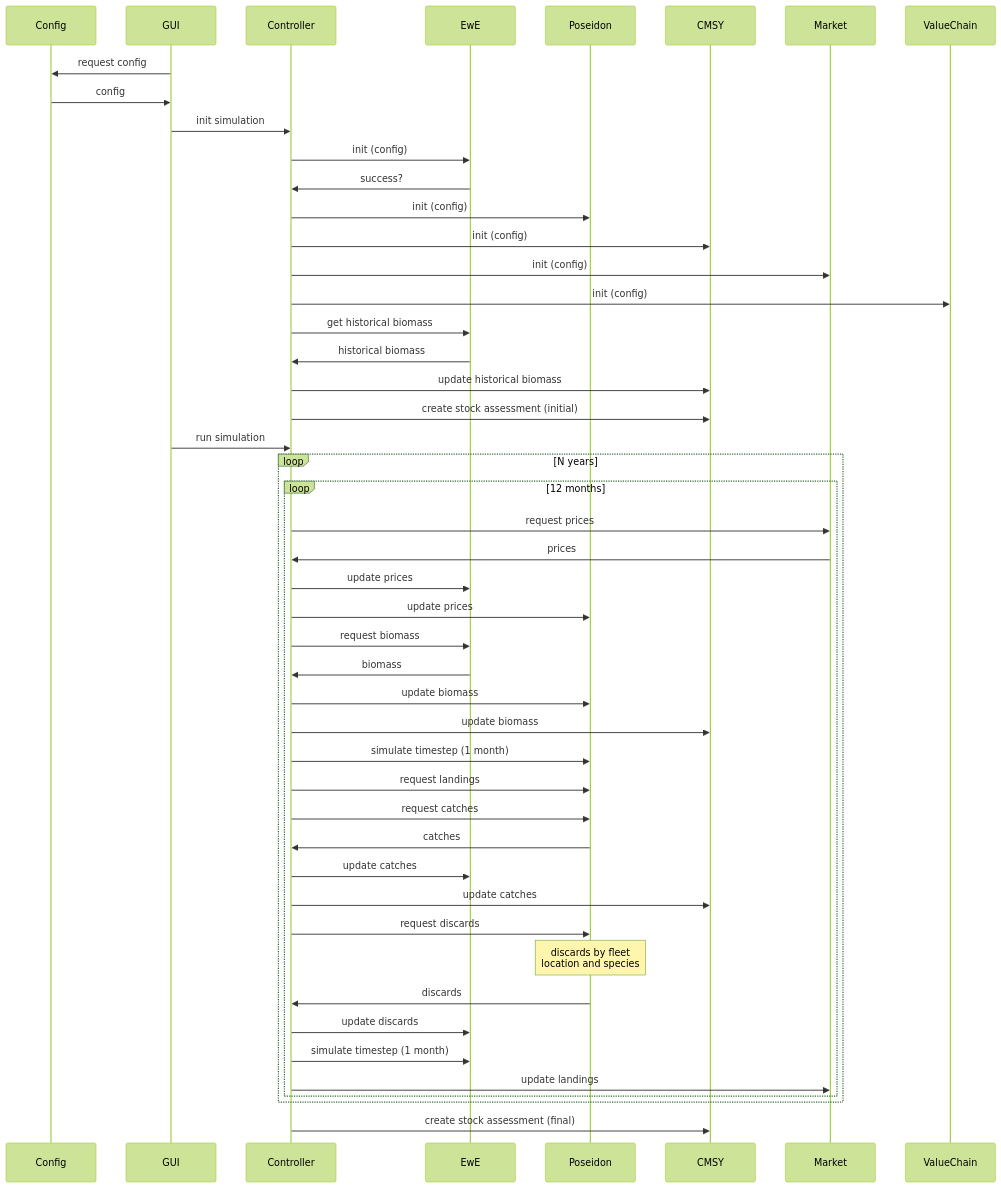
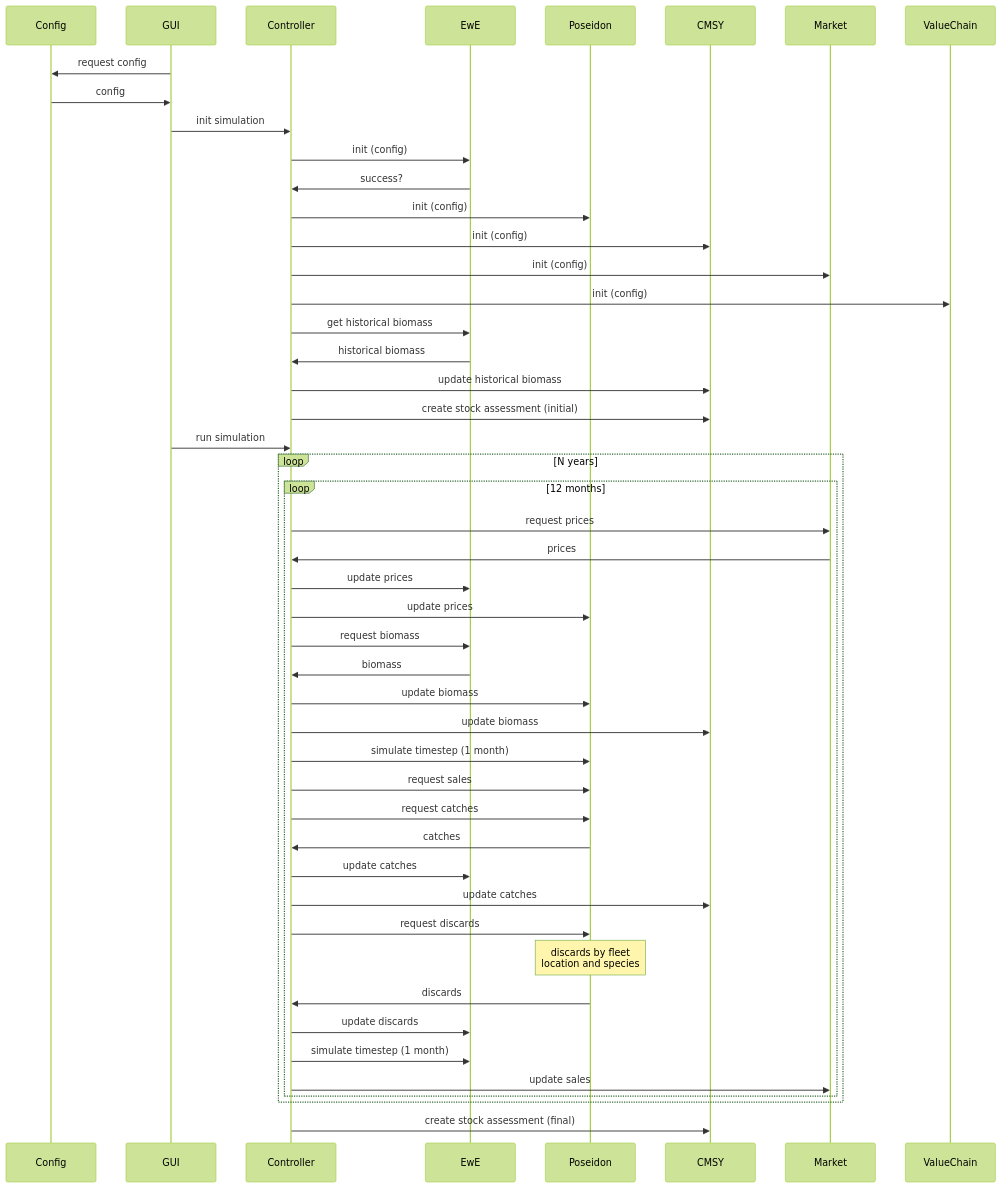
The diagram in SequenceDiagram.md (SURIMI-Project/SURIMI-project), drawn with Mermaid (forest theme) before and after one commit.

````diff
--- a/SequenceDiagram.md
+++ b/SequenceDiagram.md
@@ -3,61 +3,61 @@
 ```mermaid
 
  sequenceDiagram
 
     participant Config
     participant GUI
     participant Controller
     participant EwE
     participant Poseidon
     participant CMSY
     participant Market
     participant ValueChain
 
     %% Initialization %%
     %% this is the init %%
     GUI ->> Config: request config
     Config ->> GUI: config
     GUI ->> Controller: init simulation
 
     Controller ->> EwE: init (config)
     EwE ->> Controller: success?
     Controller ->> Poseidon: init (config)
     Controller ->> CMSY: init (config)
     Controller ->> Market: init (config)
     Controller ->> ValueChain: init (config)
 
     Controller ->> EwE: get historical biomass
     EwE ->> Controller: historical biomass
     Controller ->> CMSY: update historical biomass
     Controller ->> CMSY: create stock assessment (initial)
 
     %% Simulation %%
     %% starting the simulation %%
     GUI ->> Controller: run simulation
 
     loop N years
         loop 12 months
             Controller ->> Market: request prices
             Market ->> Controller: prices
             Controller ->> EwE: update prices
             Controller ->> Poseidon: update prices
             Controller ->> EwE: request biomass
             EwE ->> Controller: biomass
             Controller ->> Poseidon: update biomass
             Controller ->> CMSY: update biomass
             Controller ->> Poseidon: simulate timestep (1 month)
-            Controller ->> Poseidon: request landings
+            Controller ->> Poseidon: request sales
             Controller ->> Poseidon: request catches
             Poseidon ->> Controller: catches
             Controller ->> EwE: update catches
             Controller ->> CMSY: update catches
             Controller ->> Poseidon: request discards
             Note over Poseidon: discards by fleet<br/> location and species
             Poseidon ->> Controller: discards
             Controller ->> EwE: update discards
             Controller ->> EwE: simulate timestep (1 month)
-            Controller ->> Market: update landings
+            Controller ->> Market: update sales
         end
     end
     Controller ->> CMSY: create stock assessment (final) 
 ```
````
